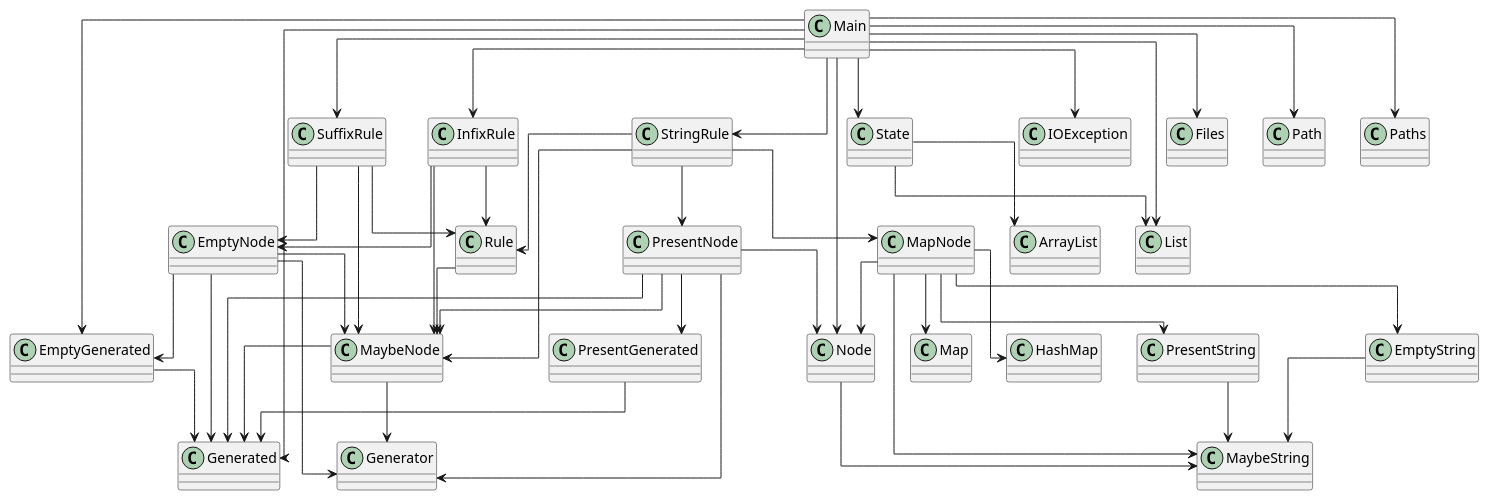
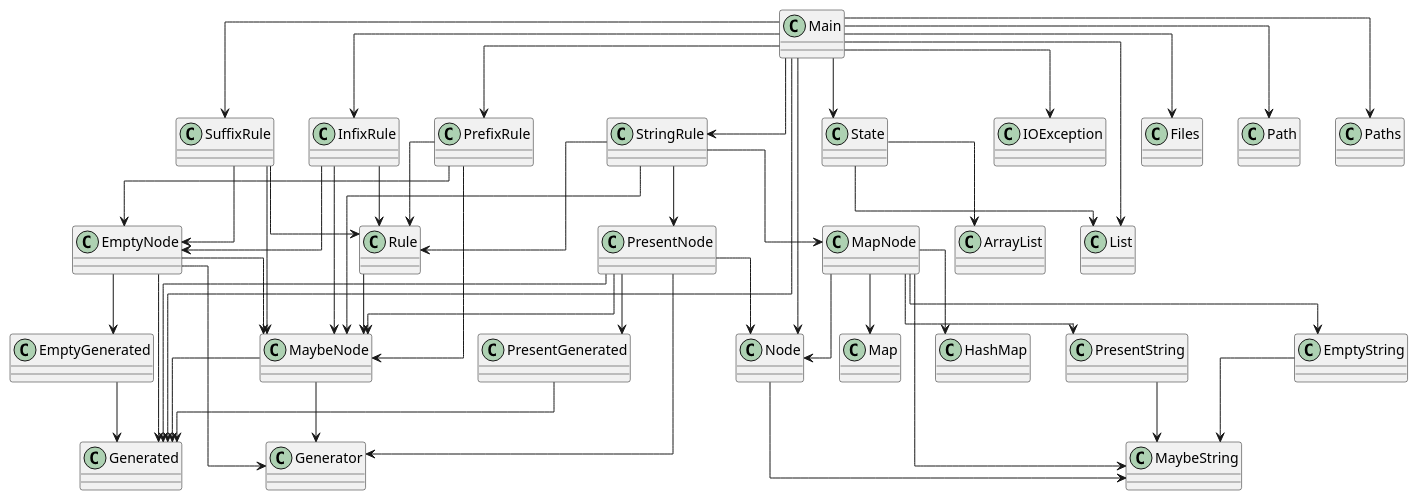
The diagram in diagram.puml (SirMathhman/Magma), drawn with PlantUML before and after one commit. The commit also changed 2 other files, not shown here.

Commit message:
PrefixRule

```diff
--- a/diagram.puml
+++ b/diagram.puml
@@ -1,68 +1,72 @@
 @startuml
 skinparam linetype ortho
 class Generated
 class Generator
 class MaybeNode
 MaybeNode --> Generated
 MaybeNode --> Generator
 class MaybeString
 class EmptyNode
 EmptyNode --> Generated
 EmptyNode --> Generator
 EmptyNode --> MaybeNode
 EmptyNode --> EmptyGenerated
 class PresentNode
 PresentNode --> Generated
 PresentNode --> Generator
 PresentNode --> Node
 PresentNode --> MaybeNode
 PresentNode --> PresentGenerated
 class EmptyString
 EmptyString --> MaybeString
 class PresentString
 PresentString --> MaybeString
 class MapNode
 MapNode --> MaybeString
 MapNode --> Node
 MapNode --> EmptyString
 MapNode --> PresentString
 MapNode --> HashMap
 MapNode --> Map
 class Node
 Node --> MaybeString
 class EmptyGenerated
 EmptyGenerated --> Generated
 class PresentGenerated
 PresentGenerated --> Generated
 class InfixRule
 InfixRule --> MaybeNode
 InfixRule --> Rule
 InfixRule --> EmptyNode
+class PrefixRule
+PrefixRule --> Rule
+PrefixRule --> MaybeNode
+PrefixRule --> EmptyNode
 class StringRule
 StringRule --> MaybeNode
 StringRule --> Rule
 StringRule --> MapNode
 StringRule --> PresentNode
 class SuffixRule
 SuffixRule --> Rule
 SuffixRule --> MaybeNode
 SuffixRule --> EmptyNode
 class Rule
 Rule --> MaybeNode
 class State
 State --> ArrayList
 State --> List
 class Main
 Main --> Generated
 Main --> Node
 Main --> State
-Main --> EmptyGenerated
 Main --> InfixRule
+Main --> PrefixRule
 Main --> StringRule
 Main --> SuffixRule
 Main --> IOException
 Main --> Files
 Main --> Path
 Main --> Paths
 Main --> List
 @enduml
```
